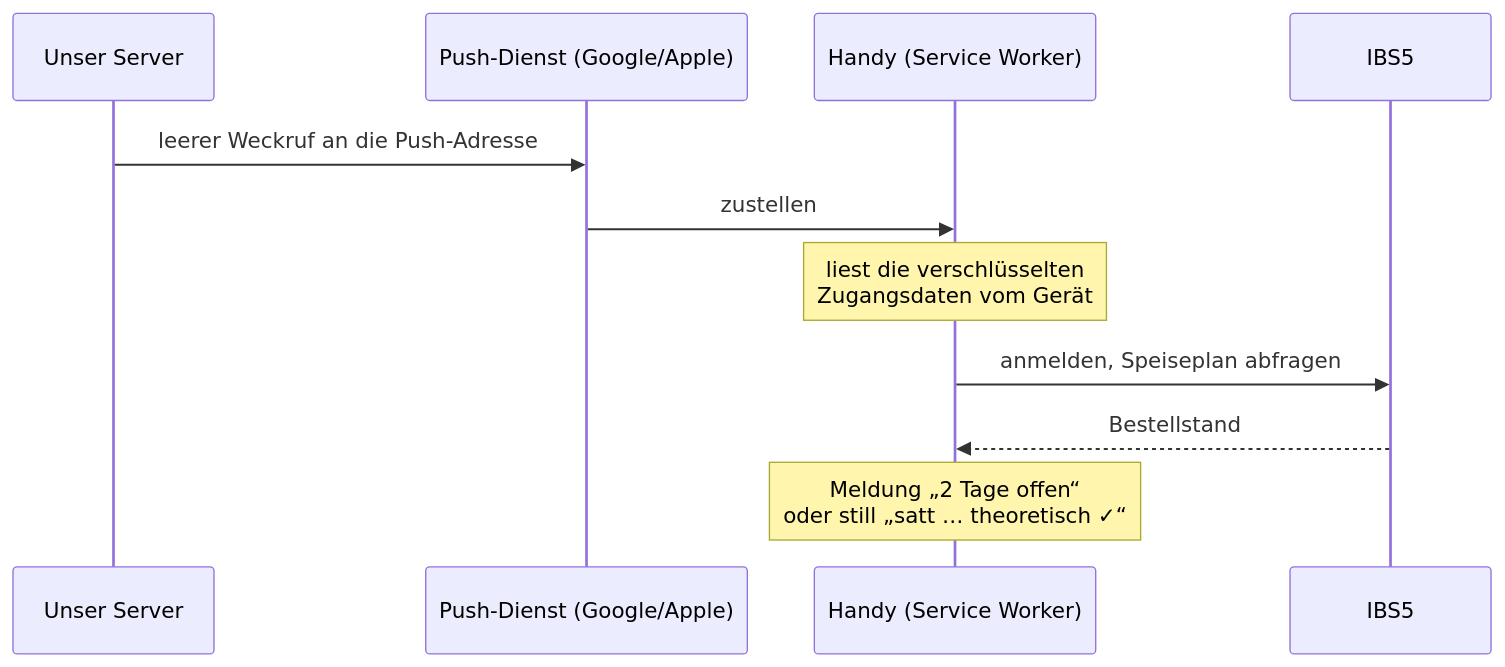
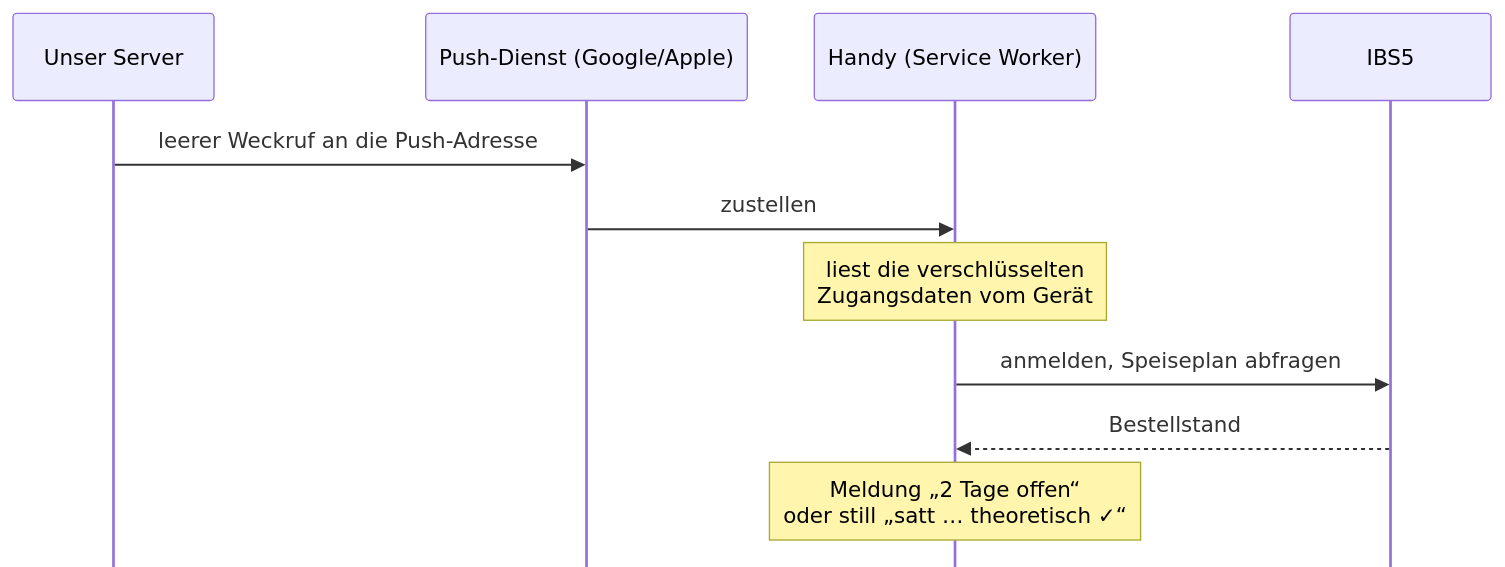
The diagram in README.md (thmschk/sunshine-reminder), drawn with Mermaid before and after one commit.

Commit message:
README: Beteiligte im Weckruf-Diagramm nur oben

````diff
--- a/README.md
+++ b/README.md
@@ -85,13 +85,14 @@
    ```mermaid
+   %%{init: {"sequence": {"mirrorActors": false}}}%%
    sequenceDiagram
        participant S as Unser Server
        participant P as Push-Dienst (Google/Apple)
        participant H as Handy (Service Worker)
        participant I as IBS5
        S->>P: leerer Weckruf an die Push-Adresse
        P->>H: zustellen
        Note over H: liest die verschlüsselten<br/>Zugangsdaten vom Gerät
        H->>I: anmelden, Speiseplan abfragen
        I-->>H: Bestellstand
        Note over H: Meldung „2 Tage offen“<br/>oder still „satt … theoretisch ✓“
    ```
````
